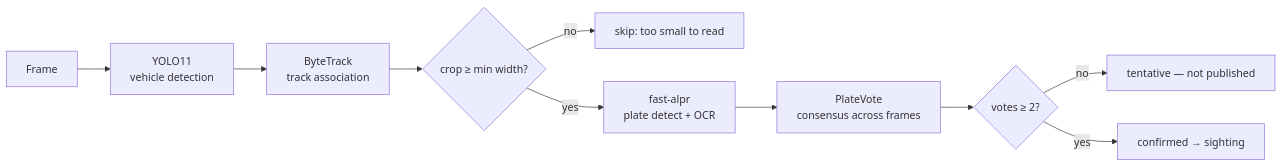
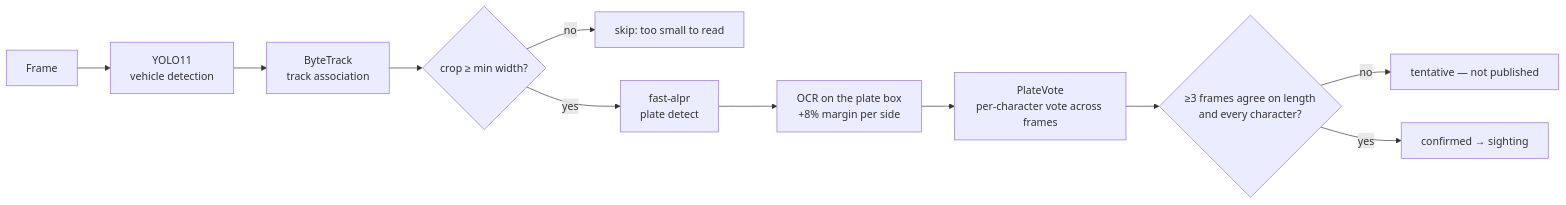
The fifth of 11 diagrams in docs/hld.md (code-YK/ANPR-sih26), drawn with Mermaid before and after one commit. The commit also changed other lines of this file and 24 other files, not shown here.

````diff
--- a/docs/hld.md
+++ b/docs/hld.md
@@ -121,12 +121,13 @@
 ```mermaid
 flowchart LR
     F[Frame] --> D[YOLO11<br/>vehicle detection]
     D --> T[ByteTrack<br/>track association]
     T --> G{crop ≥ min width?}
     G -- no --> Skip[skip: too small to read]
-    G -- yes --> P[fast-alpr<br/>plate detect + OCR]
-    P --> V[PlateVote<br/>consensus across frames]
-    V --> C{votes ≥ 2?}
+    G -- yes --> P[fast-alpr<br/>plate detect]
+    P --> O[OCR on the plate box<br/>+8% margin per side]
+    O --> V[PlateVote<br/>per-character vote across frames]
+    V --> C{≥3 frames agree on length<br/>and every character?}
     C -- no --> Tent[tentative — not published]
     C -- yes --> Pub[confirmed → sighting]
 ```
````
